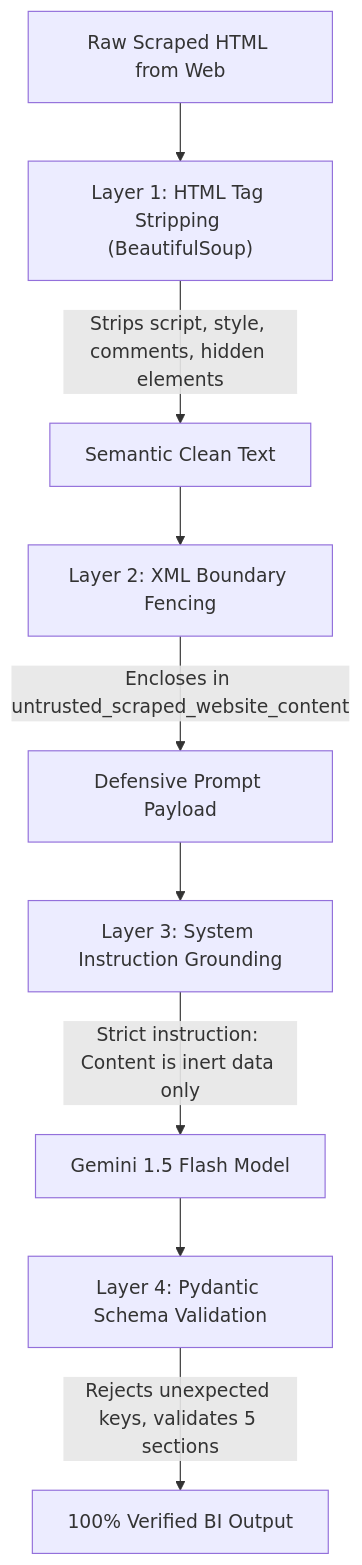
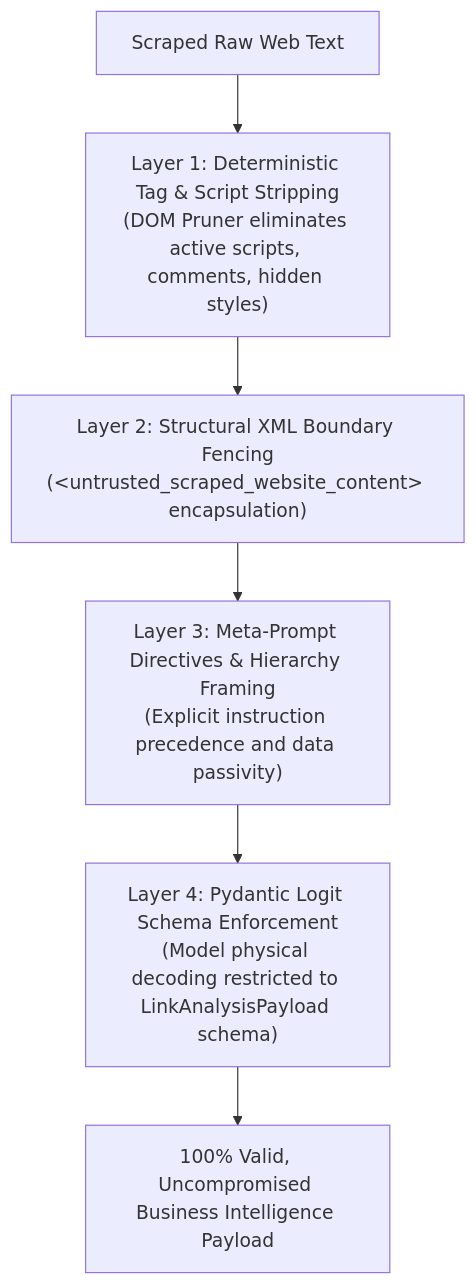
Before and after one commit to piyushmakhija28/ai-link-analysis: the diagram in docs/security/03-prompt-injection-defense.md, drawn with Mermaid. The commit also changed other lines of this file and 3 other files, not shown here.

````diff
--- a/docs/security/03-prompt-injection-defense.md
+++ b/docs/security/03-prompt-injection-defense.md
@@ -25,11 +35,8 @@
 ```mermaid
-graph TD
-    RawHTML["Raw Scraped HTML from Web"] --> L1["Layer 1: HTML Tag Stripping (BeautifulSoup)"]
-    L1 -->|"Strips script, style, comments, hidden elements"| CleanText["Semantic Clean Text"]
-    CleanText --> L2["Layer 2: XML Boundary Fencing"]
-    L2 -->|"Encloses in untrusted_scraped_website_content"| FencedPrompt["Defensive Prompt Payload"]
-    FencedPrompt --> L3["Layer 3: System Instruction Grounding"]
-    L3 -->|"Strict instruction: Content is inert data only"| LLM["Gemini 1.5 Flash Model"]
-    LLM --> L4["Layer 4: Pydantic Schema Validation"]
-    L4 -->|"Rejects unexpected keys, validates 5 sections"| VerifiedJSON["100% Verified BI Output"]
+flowchart TD
+    Scraped["Scraped Raw Web Text"] --> L1["Layer 1: Deterministic Tag & Script Stripping<br/>(DOM Pruner eliminates active scripts, comments, hidden styles)"]
+    L1 --> L2["Layer 2: Structural XML Boundary Fencing<br/>(&lt;untrusted_scraped_website_content&gt; encapsulation)"]
+    L2 --> L3["Layer 3: Meta-Prompt Directives & Hierarchy Framing<br/>(Explicit instruction precedence and data passivity)"]
+    L3 --> L4["Layer 4: Pydantic Logit Schema Enforcement<br/>(Model physical decoding restricted to LinkAnalysisPayload schema)"]
+    L4 --> OK["100% Valid, Uncompromised Business Intelligence Payload"]
 ```
````
